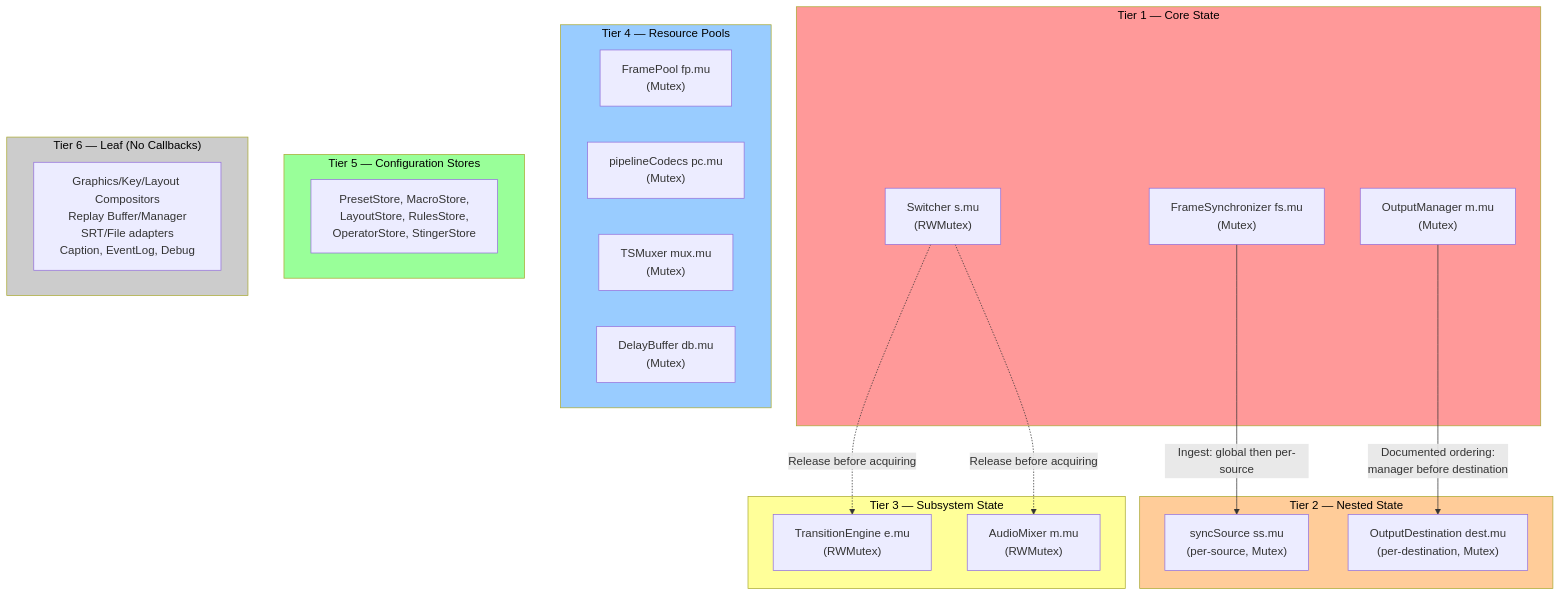
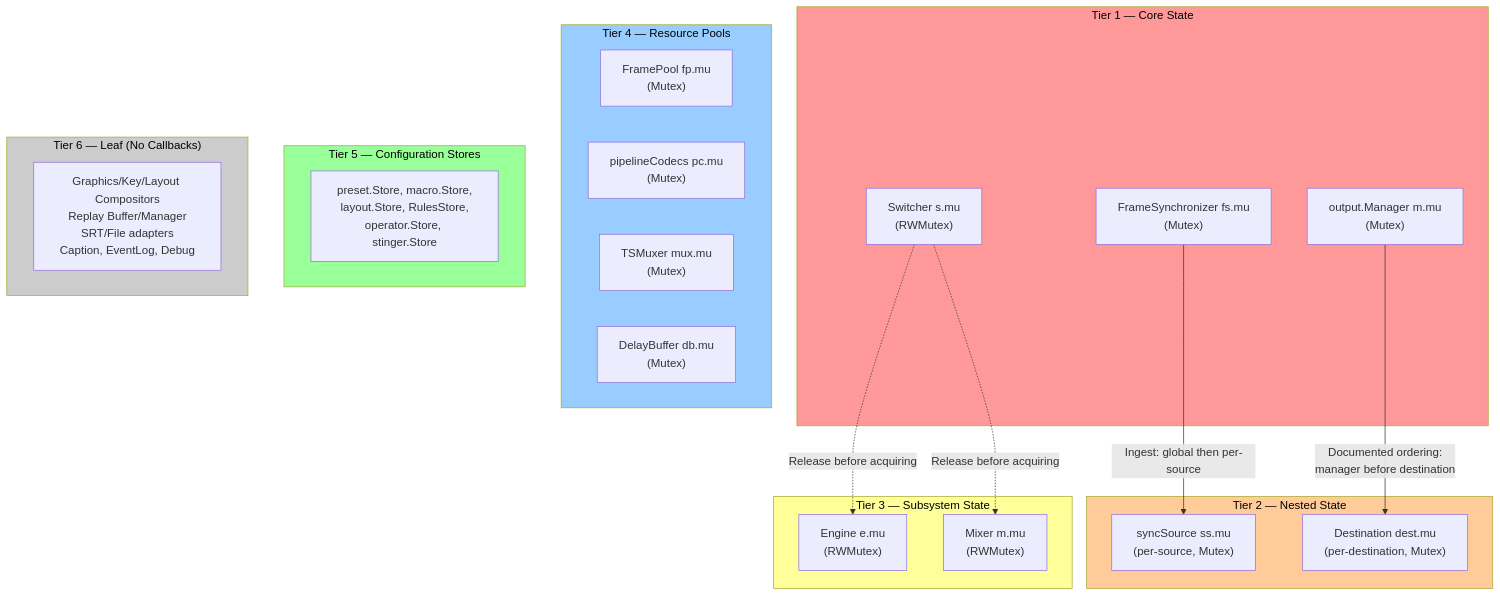
The seventh of 7 diagrams in docs/locking-and-concurrency.md (zsiec/switchframe), drawn with Mermaid before and after one commit. The commit also changed other lines of this file and 92 other files, not shown here.

````diff
--- a/docs/locking-and-concurrency.md
+++ b/docs/locking-and-concurrency.md
@@ -573,45 +573,45 @@
 ```mermaid
 flowchart TD
     subgraph tier1 ["Tier 1 — Core State"]
         smu["Switcher s.mu<br/>(RWMutex)"]
         fsmu["FrameSynchronizer fs.mu<br/>(Mutex)"]
-        ommu["OutputManager m.mu<br/>(Mutex)"]
+        ommu["output.Manager m.mu<br/>(Mutex)"]
     end
 
     subgraph tier2 ["Tier 2 — Nested State"]
         ssmu["syncSource ss.mu<br/>(per-source, Mutex)"]
-        destmu["OutputDestination dest.mu<br/>(per-destination, Mutex)"]
+        destmu["Destination dest.mu<br/>(per-destination, Mutex)"]
     end
 
     subgraph tier3 ["Tier 3 — Subsystem State"]
-        emu["TransitionEngine e.mu<br/>(RWMutex)"]
-        mmu["AudioMixer m.mu<br/>(RWMutex)"]
+        emu["Engine e.mu<br/>(RWMutex)"]
+        mmu["Mixer m.mu<br/>(RWMutex)"]
     end
 
     subgraph tier4 ["Tier 4 — Resource Pools"]
         fpmu["FramePool fp.mu<br/>(Mutex)"]
         pcmu["pipelineCodecs pc.mu<br/>(Mutex)"]
         muxmu["TSMuxer mux.mu<br/>(Mutex)"]
         dbmu["DelayBuffer db.mu<br/>(Mutex)"]
     end
 
     subgraph tier5 ["Tier 5 — Configuration Stores"]
-        stores["PresetStore, MacroStore,<br/>LayoutStore, RulesStore,<br/>OperatorStore, StingerStore"]
+        stores["preset.Store, macro.Store,<br/>layout.Store, RulesStore,<br/>operator.Store, stinger.Store"]
     end
 
     subgraph tier6 ["Tier 6 — Leaf (No Callbacks)"]
         leaf["Graphics/Key/Layout Compositors<br/>Replay Buffer/Manager<br/>SRT/File adapters<br/>Caption, EventLog, Debug"]
     end
 
     fsmu -->|"Ingest: global then per-source"| ssmu
     ommu -->|"Documented ordering:<br/>manager before destination"| destmu
     smu -.->|"Release before acquiring"| emu
     smu -.->|"Release before acquiring"| mmu
 
     style tier1 fill:#ff9999,color:#000
     style tier2 fill:#ffcc99,color:#000
     style tier3 fill:#ffff99,color:#000
     style tier4 fill:#99ccff,color:#000
     style tier5 fill:#99ff99,color:#000
     style tier6 fill:#cccccc,color:#000
 ```
````
